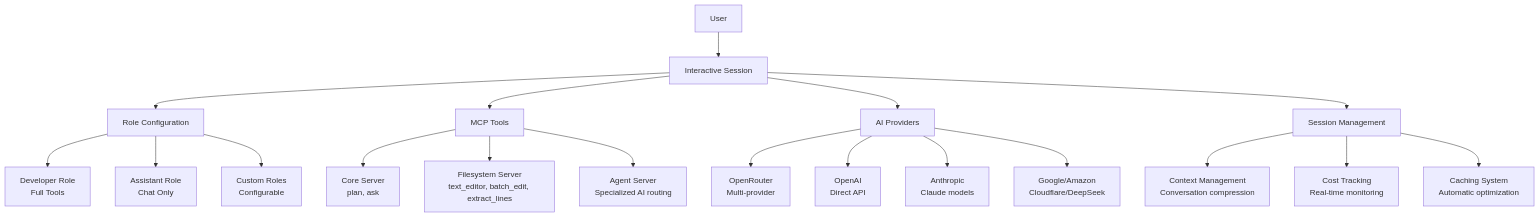
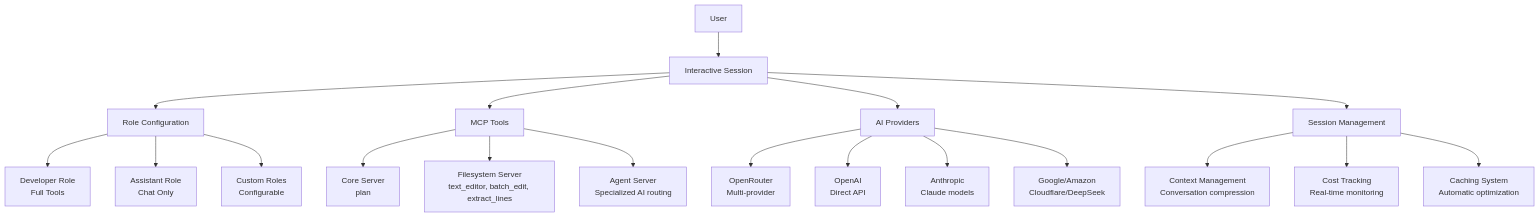
One commit to Muvon/octomind changed the diagram in doc/02-overview.md. Above: the diagram before and after it, drawn with Mermaid. The commit also changed other lines of this file and 16 other files, not shown here.

````diff
--- a/doc/02-overview.md
+++ b/doc/02-overview.md
@@ -18,25 +18,25 @@
 ```mermaid
 graph TB
     A[User] --> B[Interactive Session]
     B --> C[Role Configuration]
     B --> D[MCP Tools]
     B --> E[AI Providers]
     B --> F[Session Management]
 
     C --> G[Developer Role<br/>Full Tools]
     C --> H[Assistant Role<br/>Chat Only]
     C --> I[Custom Roles<br/>Configurable]
 
-    D --> J[Core Server<br/>plan, ask]
+    D --> J[Core Server<br/>plan]
     D --> K[Filesystem Server<br/>text_editor, batch_edit, extract_lines]
     D --> L[Agent Server<br/>Specialized AI routing]
 
     E --> M[OpenRouter<br/>Multi-provider]
     E --> N[OpenAI<br/>Direct API]
     E --> O[Anthropic<br/>Claude models]
     E --> P[Google/Amazon<br/>Cloudflare/DeepSeek]
 
     F --> Q[Context Management<br/>Conversation compression]
     F --> R[Cost Tracking<br/>Real-time monitoring]
     F --> S[Caching System<br/>Automatic optimization]
 ```
````
